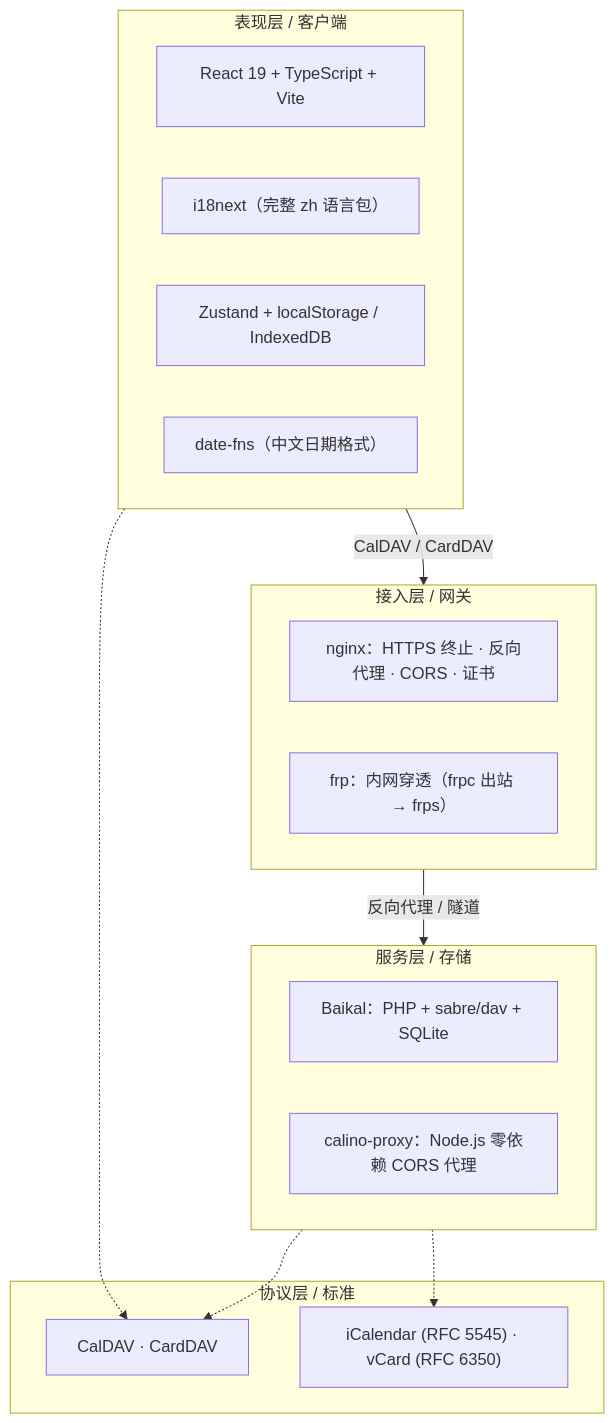
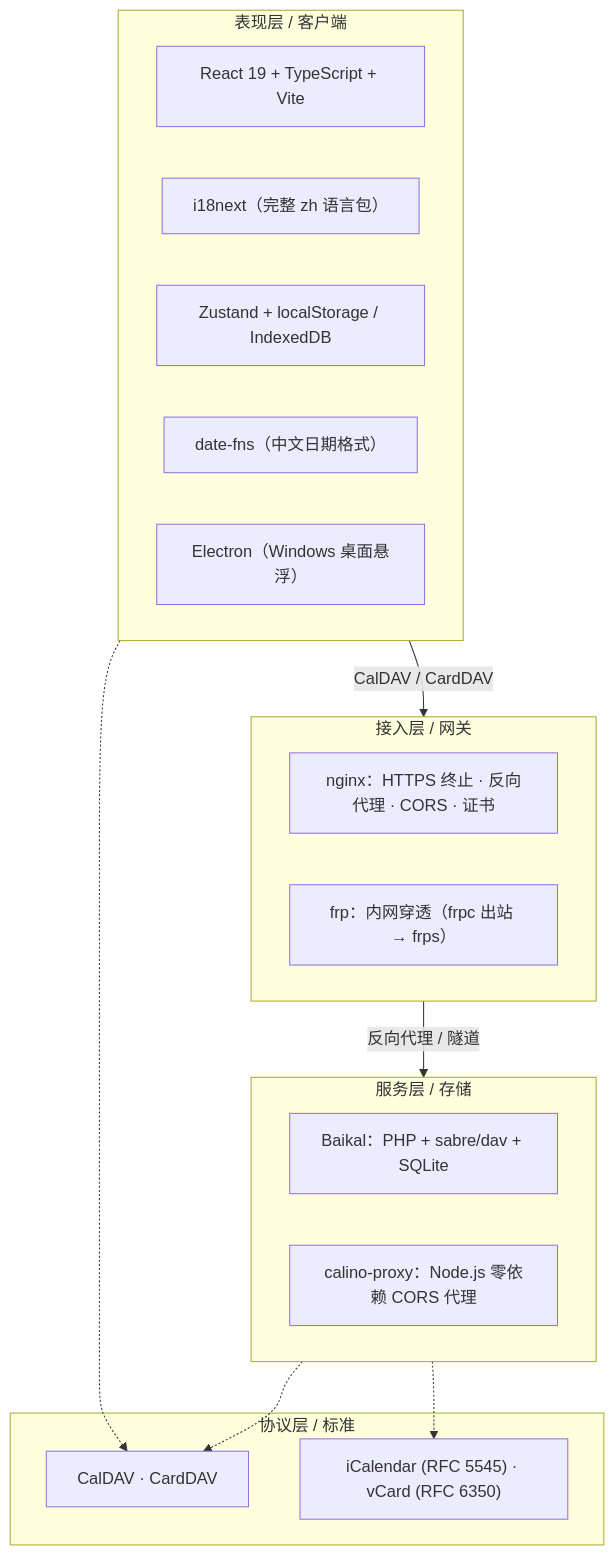
The third of 4 diagrams in README.md (vector9584/rui-calendar), drawn with Mermaid before and after one commit. The commit also changed other lines of this file and 14 other files, not shown here.

Commit message:
新增 Windows 桌面悬浮客户端（Electron）；README 重写：能做什么放开头、桌面端改为已完成

````diff
--- a/README.md
+++ b/README.md
@@ -154,30 +169,31 @@
 ```mermaid
 flowchart TB
     subgraph L1["表现层 / 客户端"]
         R["React 19 + TypeScript + Vite"]
         I["i18next（完整 zh 语言包）"]
         Z["Zustand + localStorage / IndexedDB"]
         D["date-fns（中文日期格式）"]
+        E["Electron（Windows 桌面悬浮）"]
     end
 
     subgraph L2["接入层 / 网关"]
         N["nginx：HTTPS 终止 · 反向代理 · CORS · 证书"]
         F["frp：内网穿透（frpc 出站 → frps）"]
     end
 
     subgraph L3["服务层 / 存储"]
         B["Baikal：PHP + sabre/dav + SQLite"]
         P["calino-proxy：Node.js 零依赖 CORS 代理"]
     end
 
     subgraph L4["协议层 / 标准"]
         CD["CalDAV · CardDAV"]
         ICS["iCalendar (RFC 5545) · vCard (RFC 6350)"]
     end
 
     L1 -->|"CalDAV / CardDAV"| L2
     L2 -->|"反向代理 / 隧道"| L3
     L1 -.-> CD
     L3 -.-> CD
     L3 -.-> ICS
 ```
````
